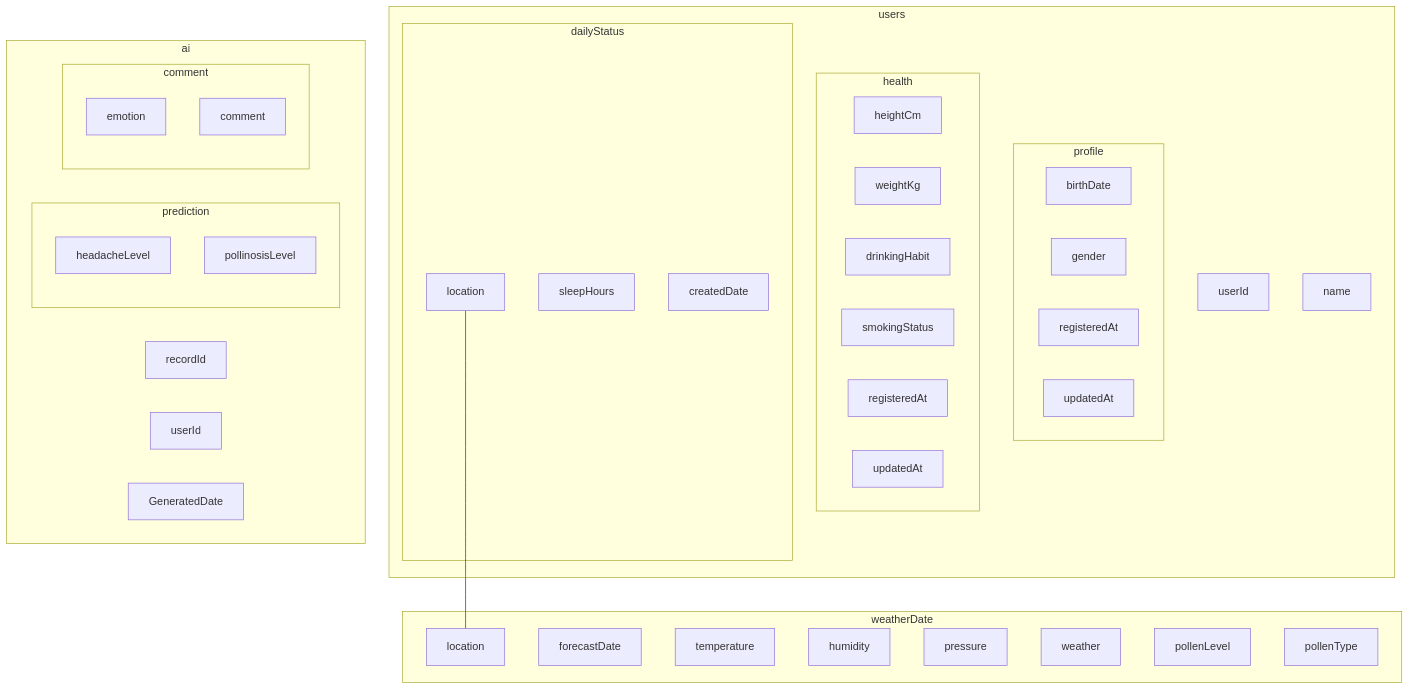
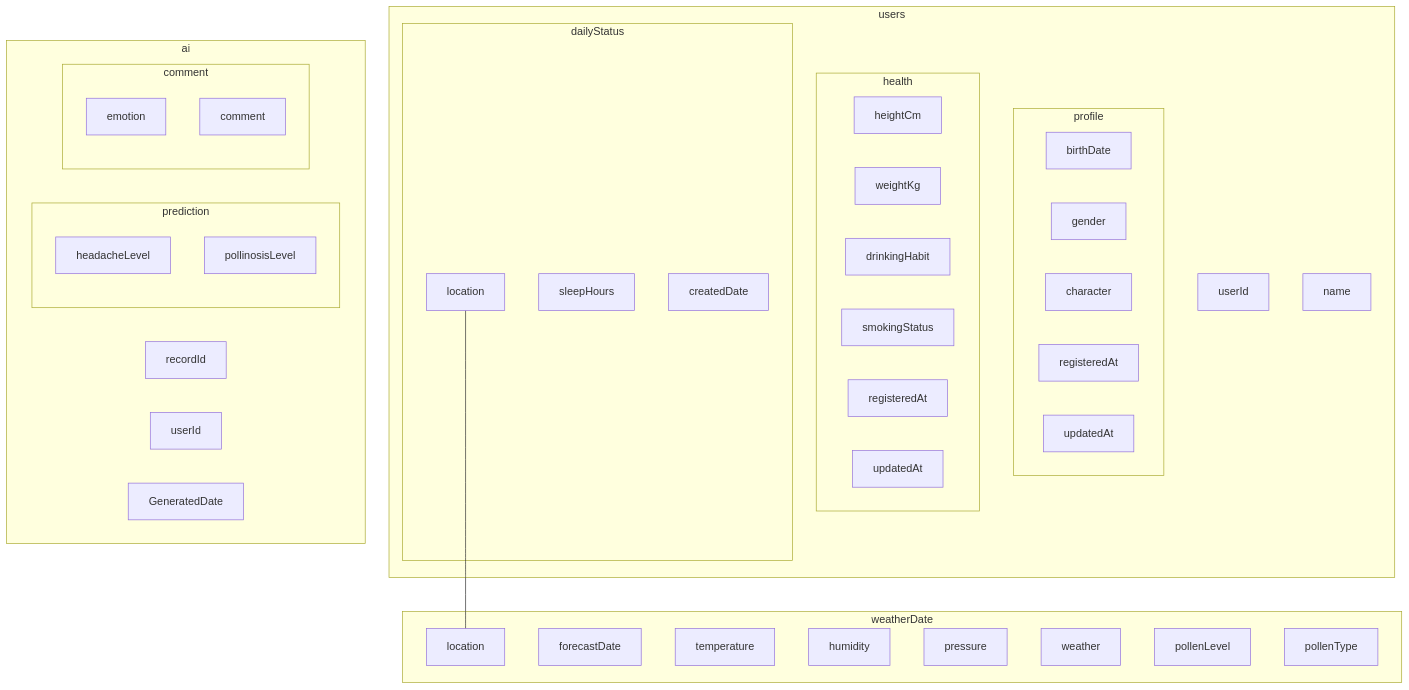
Before and after one commit to TsunaKanSarada/ClearSky: the diagram in doc/specs/database_design.md, drawn with Mermaid. The commit also changed other lines of this file, not shown here.

````diff
--- a/doc/specs/database_design.md
+++ b/doc/specs/database_design.md
@@ -96,69 +105,70 @@
 ```mermaid
 %% Top-Bottom形式で表示
 flowchart TB
 
   %% usersコレクション
   subgraph users
     user_id[userId]
     user_name[name]
 
     %% profileサブコレクション
     subgraph profile
       birth_date[birthDate]
       user_gender[gender]
+      character[character]
       profile_registered[registeredAt]
       profile_updated[updatedAt]
     end
 
     %% healthサブコレクション
     subgraph health
       height[heightCm]
       weight[weightKg]
       drinking[drinkingHabit]
       smoking[smokingStatus]
       health_registered[registeredAt]
       health_updated[updatedAt]
     end
 
     %% dailyStatusサブコレクション
     subgraph dailyStatus
       user_location[location]
       sleep[sleepHours]
       daily_created[createdDate]
     end
   end
 
   %% weatherDataコレクション
   subgraph weatherDate
     weather_location[location]
     forecast[forecastDate]
     temp[temperature]
     humid[humidity]
     press[pressure]
     weather_status[weather]
     pollen_level[pollenLevel]
     pollen_type[pollenType]
   end
 
   %% aiInteractionsコレクション
   subgraph ai
     record_id[recordId]
     ai_user_id[userId]
     generated[GeneratedDate]
 
     %% predictionAIサブコレクション
     subgraph prediction
       headache[headacheLevel]
       pollen[pollinosisLevel]
     end
 
     %% commentAIサブコレクション
     subgraph comment
       mood[emotion]
       ai_comment[comment]
     end
   end
 
 
   user_location[location] --- weather_location[location]
 ```
````
